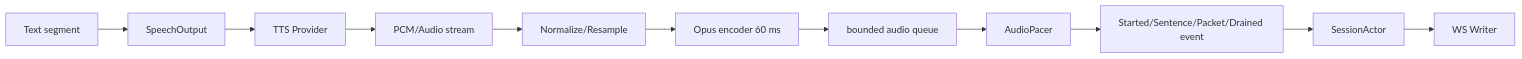
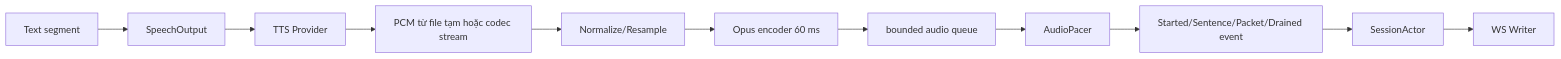
The diagram in docs/flows/05-tts.md (hailp-vn38/ai-agent-voice), drawn with Mermaid before and after one commit. The commit also changed other lines of this file and 18 other files, not shown here.

````diff
--- a/docs/flows/05-tts.md
+++ b/docs/flows/05-tts.md
@@ -26,13 +26,13 @@
 ```mermaid
 flowchart LR
     SEG[Text segment] --> SO[SpeechOutput]
     SO --> TTS[TTS Provider]
-    TTS --> PCM[PCM/Audio stream]
+    TTS --> PCM[PCM từ file tạm hoặc codec stream]
     PCM --> RS[Normalize/Resample]
     RS --> ENC[Opus encoder 60 ms]
     ENC --> Q[bounded audio queue]
     Q --> P[AudioPacer]
     P --> EV[Started/Sentence/Packet/Drained event]
     EV --> A[SessionActor]
     A --> WS[WS Writer]
 ```
````
